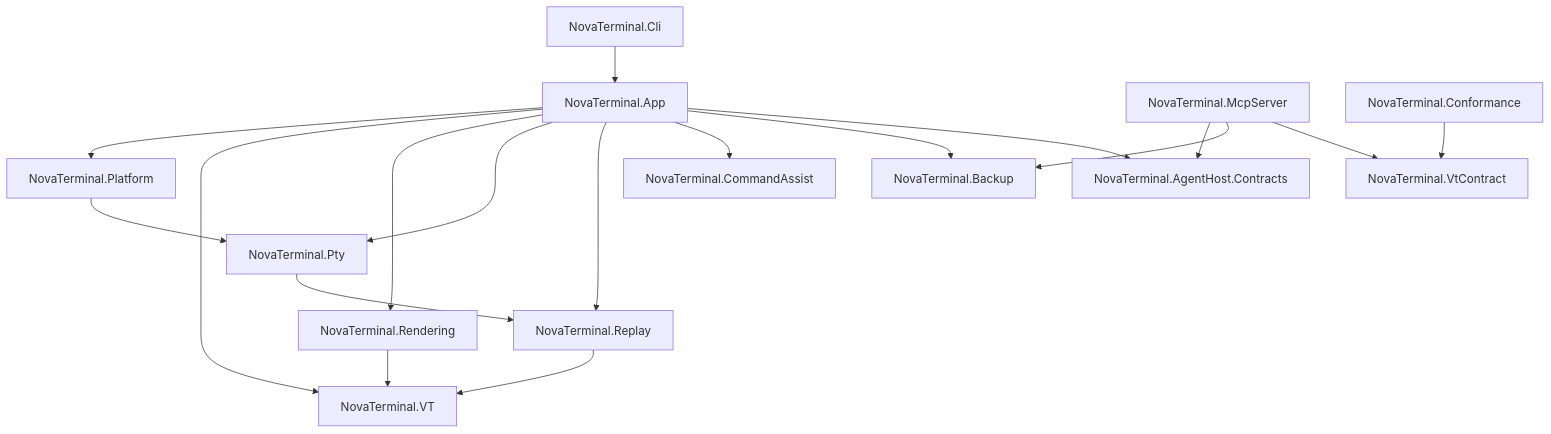
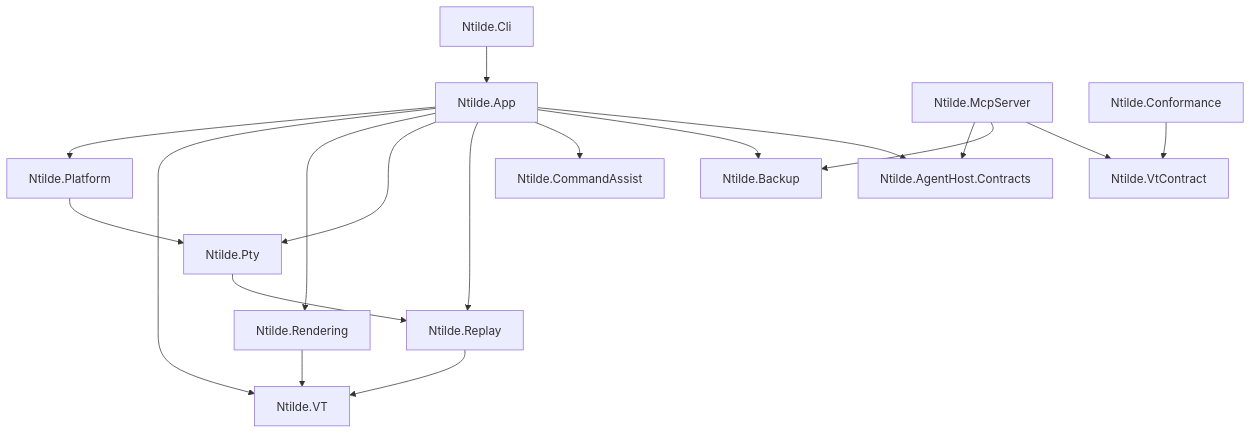
One commit to benyblack/NovaTerminal changed the diagram in README.md. Above: the diagram before and after it, drawn with Mermaid. The commit also changed other lines of this file and 1182 other files, not shown here.

First line of the commit message:
rebrand: replace NovaTerminal tokens with Ntilde across the tree

````diff
--- a/README.md
+++ b/README.md
@@ -333,20 +333,20 @@
 ```mermaid
 graph TD
-    Cli[NovaTerminal.Cli] --> App[NovaTerminal.App]
-    App --> Platform[NovaTerminal.Platform]
-    App --> VT[NovaTerminal.VT]
-    App --> Rendering[NovaTerminal.Rendering]
-    App --> Pty[NovaTerminal.Pty]
-    App --> Replay[NovaTerminal.Replay]
-    App --> CommandAssist[NovaTerminal.CommandAssist]
-    App --> Backup[NovaTerminal.Backup]
-    App --> Contracts[NovaTerminal.AgentHost.Contracts]
+    Cli[Ntilde.Cli] --> App[Ntilde.App]
+    App --> Platform[Ntilde.Platform]
+    App --> VT[Ntilde.VT]
+    App --> Rendering[Ntilde.Rendering]
+    App --> Pty[Ntilde.Pty]
+    App --> Replay[Ntilde.Replay]
+    App --> CommandAssist[Ntilde.CommandAssist]
+    App --> Backup[Ntilde.Backup]
+    App --> Contracts[Ntilde.AgentHost.Contracts]
     Platform --> Pty
     Pty --> Replay
     Rendering --> VT
     Replay --> VT
-    McpServer[NovaTerminal.McpServer] --> Contracts
+    McpServer[Ntilde.McpServer] --> Contracts
     McpServer --> Backup
-    McpServer --> VtContract[NovaTerminal.VtContract]
-    Conformance[NovaTerminal.Conformance] --> VtContract
+    McpServer --> VtContract[Ntilde.VtContract]
+    Conformance[Ntilde.Conformance] --> VtContract
 ```
````
